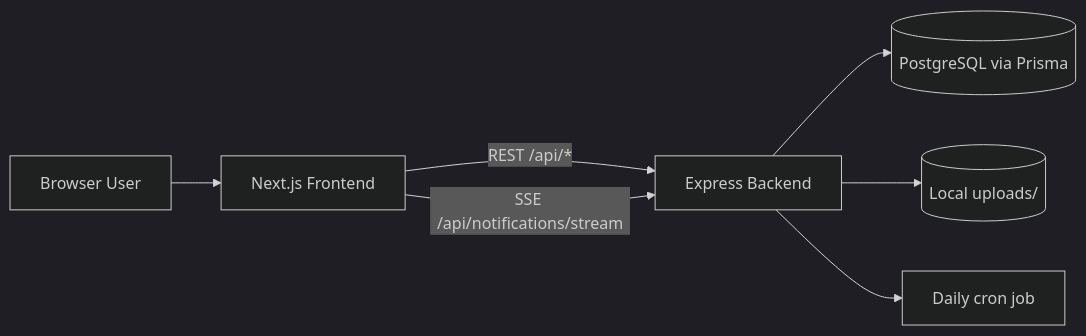
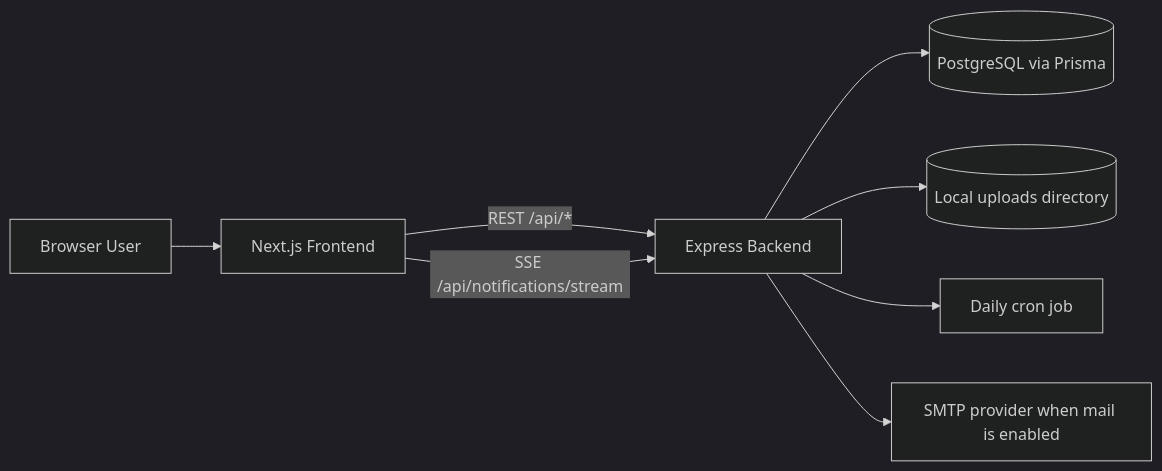
The first of 2 diagrams in docs/system-architecture.md (dinhpl/hr-manager), drawn with Mermaid (dark theme) before and after one commit. The commit also changed other lines of this file and 6 other files, not shown here.

````diff
--- a/docs/system-architecture.md
+++ b/docs/system-architecture.md
@@ -5,9 +5,10 @@
 ```mermaid
 flowchart LR
     U[Browser User] --> F[Next.js Frontend]
     F -->|REST /api/*| B[Express Backend]
     F -->|SSE /api/notifications/stream| B
     B --> P[(PostgreSQL via Prisma)]
-    B --> FS[(Local uploads/)]
-    B --> C[Daily cron job]
+    B --> FS[(Local uploads directory)]
+    B --> J[Daily cron job]
+    B --> M[SMTP provider when mail is enabled]
 ```
````
